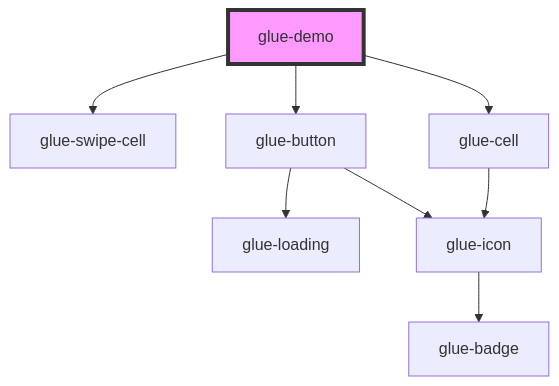
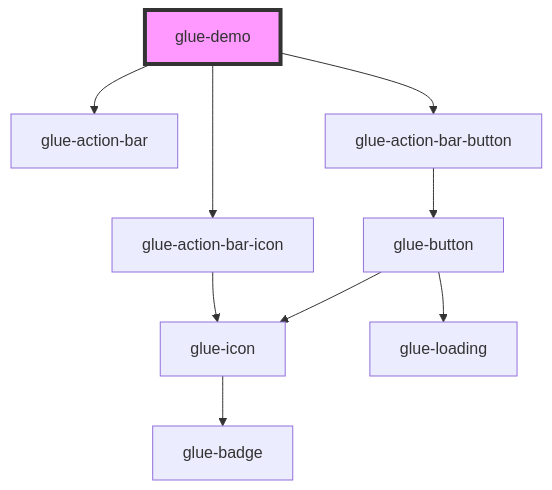
One commit to grasilife/glue changed the diagram in packages/glue-components/src/components/glue-demo/readme.md. Above: the diagram before and after it, drawn with Mermaid. The commit also changed other lines of this file and 12 other files, not shown here.

````diff
--- a/packages/glue-components/src/components/glue-demo/readme.md
+++ b/packages/glue-components/src/components/glue-demo/readme.md
@@ -17,11 +17,12 @@
 ```mermaid
 graph TD;
-  glue-demo --> glue-swipe-cell
-  glue-demo --> glue-button
-  glue-demo --> glue-cell
+  glue-demo --> glue-action-bar
+  glue-demo --> glue-action-bar-icon
+  glue-demo --> glue-action-bar-button
+  glue-action-bar-icon --> glue-icon
+  glue-icon --> glue-badge
+  glue-action-bar-button --> glue-button
   glue-button --> glue-loading
   glue-button --> glue-icon
-  glue-icon --> glue-badge
-  glue-cell --> glue-icon
   style glue-demo fill:#f9f,stroke:#333,stroke-width:4px
 ```
````
